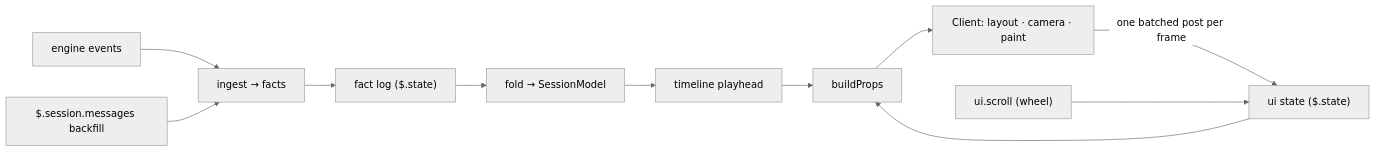
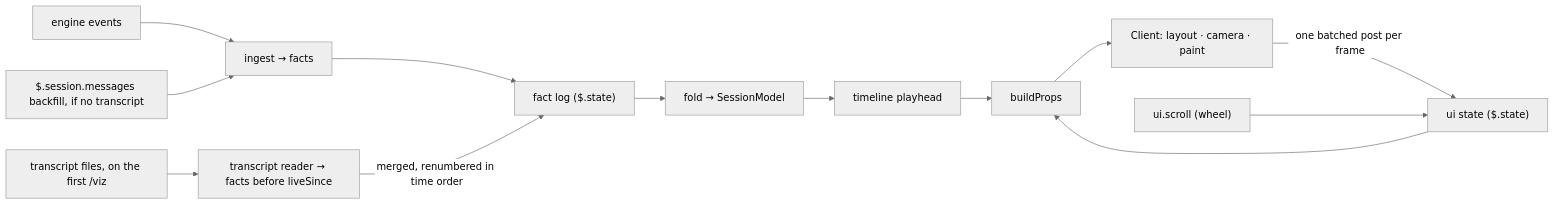
The diagram in docs/architecture.md (thphuong/agent-lens), drawn with Mermaid (neutral theme) before and after one commit. The commit also changed other lines of this file and 26 other files, not shown here.

````diff
--- a/docs/architecture.md
+++ b/docs/architecture.md
@@ -55,10 +68,13 @@
 ```mermaid
 flowchart LR
   EV["engine events"] --> IN["ingest → facts"]
-  BF["$.session.messages backfill"] --> IN
-  IN --> LOG["fact log ($.state)"] --> FOLD["fold → SessionModel"] --> TL["timeline playhead"] --> PROPS["buildProps"]
+  TR["transcript files, on the first /viz"] --> IMP["transcript reader → facts before liveSince"]
+  BF["$.session.messages backfill, if no transcript"] --> IN
+  IN --> LOG["fact log ($.state)"]
+  IMP -- "merged, renumbered in time order" --> LOG
+  LOG --> FOLD["fold → SessionModel"] --> TL["timeline playhead"] --> PROPS["buildProps"]
   UI["ui state ($.state)"] --> PROPS
   PROPS --> CL["Client: layout · camera · paint"]
   CL -- "one batched post per frame" --> UI
   WH["ui.scroll (wheel)"] --> UI
 ```
````
